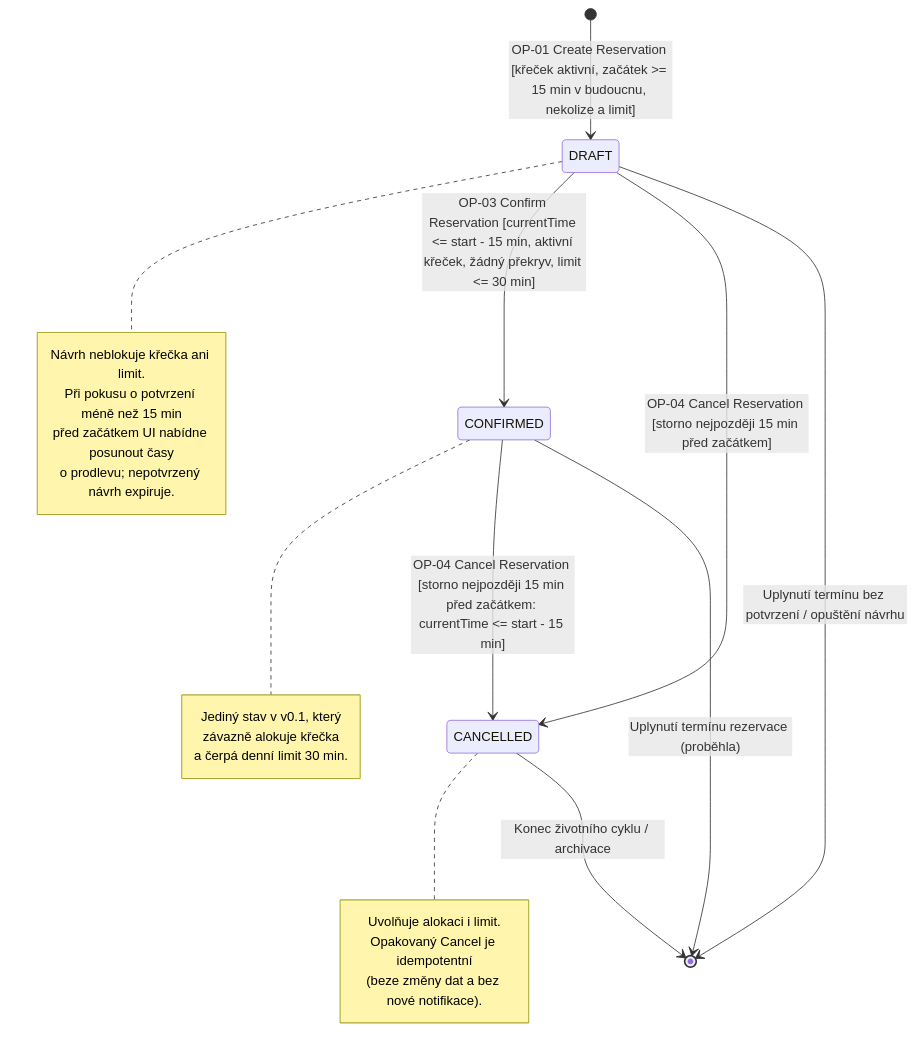
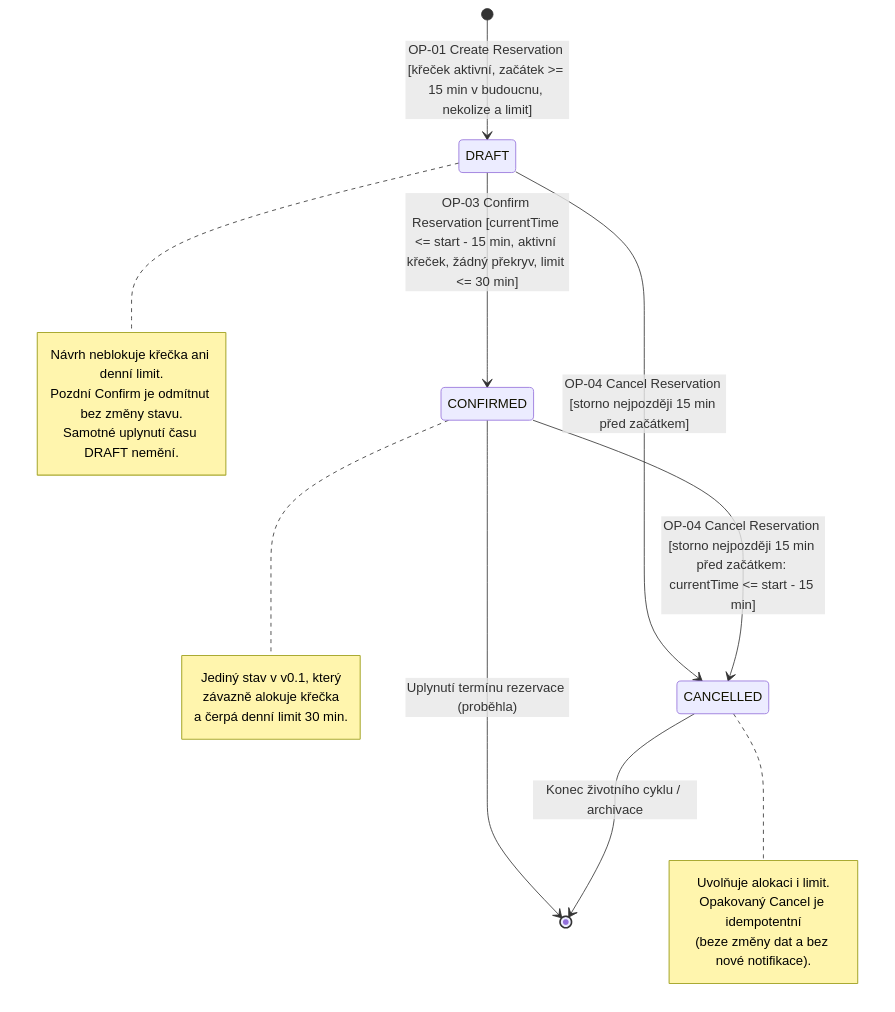
One commit to tomaskirnig/SWI_2027 changed the second of 8 diagrams in DIAGRAMS.md. Above: the diagram before and after it, drawn with Mermaid. The commit also changed other lines of this file and 7 other files, not shown here.

````diff
--- a/DIAGRAMS.md
+++ b/DIAGRAMS.md
@@ -74,32 +74,30 @@
 ```mermaid
 stateDiagram-v2
     [*] --> DRAFT : OP-01 Create Reservation [křeček aktivní, začátek >= 15 min v budoucnu, nekolize a limit]
 
     note right of DRAFT
-        Návrh neblokuje křečka ani limit.
-        Při pokusu o potvrzení méně než 15 min
-        před začátkem UI nabídne posunout časy
-        o prodlevu; nepotvrzený návrh expiruje.
+        Návrh neblokuje křečka ani denní limit.
+        Pozdní Confirm je odmítnut bez změny stavu.
+        Samotné uplynutí času DRAFT nemění.
     end note
 
     DRAFT --> CONFIRMED : OP-03 Confirm Reservation [currentTime <= start - 15 min, aktivní křeček, žádný překryv, limit <= 30 min]
     DRAFT --> CANCELLED : OP-04 Cancel Reservation [storno nejpozději 15 min před začátkem]
-    DRAFT --> [*] : Uplynutí termínu bez potvrzení / opuštění návrhu
 
     note right of CONFIRMED
         Jediný stav v v0.1, který
         závazně alokuje křečka
         a čerpá denní limit 30 min.
     end note
 
     CONFIRMED --> CANCELLED : OP-04 Cancel Reservation [storno nejpozději 15 min před začátkem: currentTime <= start - 15 min]
     CONFIRMED --> [*] : Uplynutí termínu rezervace (proběhla)
 
     note right of CANCELLED
         Uvolňuje alokaci i limit.
         Opakovaný Cancel je idempotentní
         (beze změny dat a bez nové notifikace).
     end note
 
     CANCELLED --> [*] : Konec životního cyklu / archivace
 ```
````
